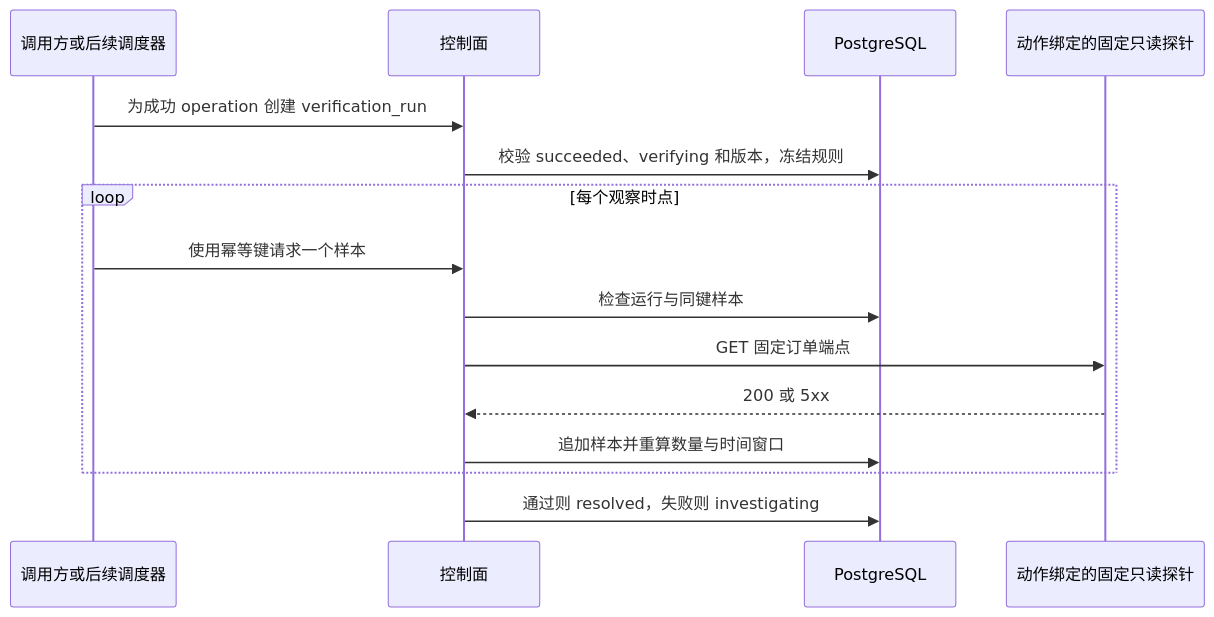
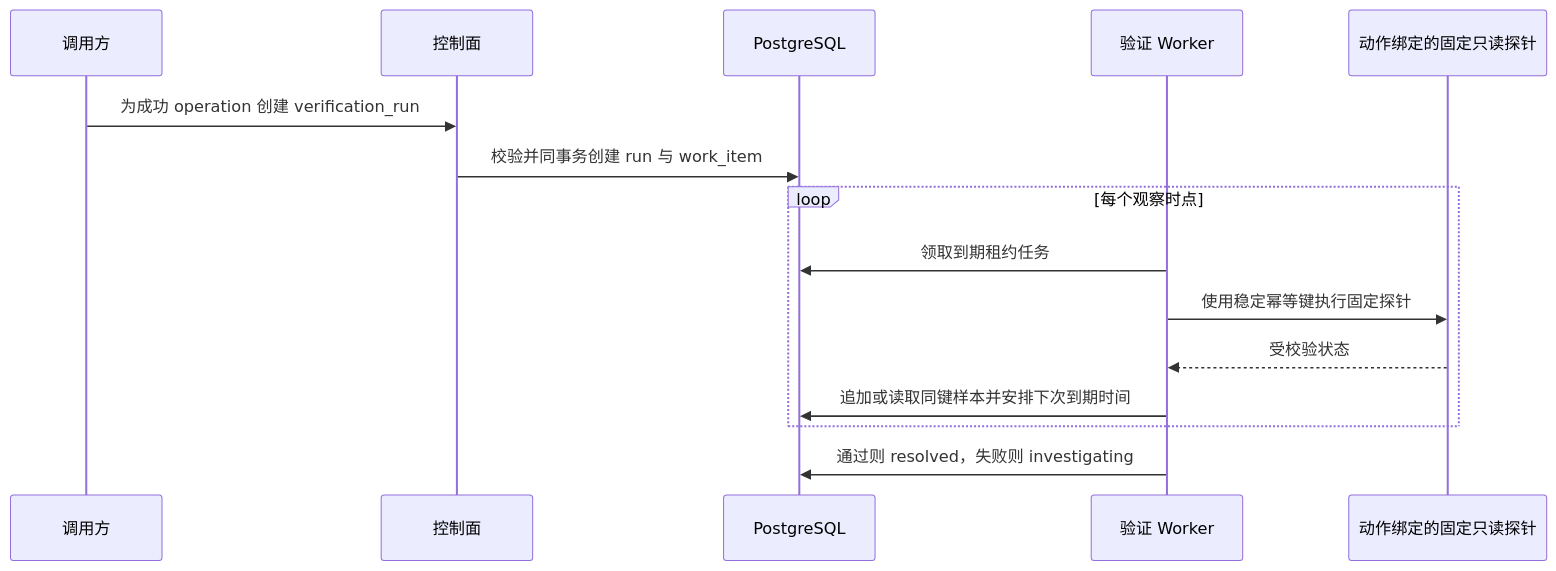
One commit to kill-t/ops-swarm changed the diagram in docs/architecture/17-persistent-recovery-verification.md. Above: the diagram before and after it, drawn with Mermaid. The commit also changed other lines of this file and 29 other files, not shown here.

````diff
--- a/docs/architecture/17-persistent-recovery-verification.md
+++ b/docs/architecture/17-persistent-recovery-verification.md
@@ -13,18 +13,18 @@
 ```mermaid
 sequenceDiagram
-    participant Caller as 调用方或后续调度器
+    participant Caller as 调用方
     participant API as 控制面
     participant DB as PostgreSQL
+    participant Worker as 验证 Worker
     participant Probe as 动作绑定的固定只读探针
 
     Caller->>API: 为成功 operation 创建 verification_run
-    API->>DB: 校验 succeeded、verifying 和版本，冻结规则
+    API->>DB: 校验并同事务创建 run 与 work_item
     loop 每个观察时点
-        Caller->>API: 使用幂等键请求一个样本
-        API->>DB: 检查运行与同键样本
-        API->>Probe: GET 固定订单端点
-        Probe-->>API: 200 或 5xx
-        API->>DB: 追加样本并重算数量与时间窗口
+        Worker->>DB: 领取到期租约任务
+        Worker->>Probe: 使用稳定幂等键执行固定探针
+        Probe-->>Worker: 受校验状态
+        Worker->>DB: 追加或读取同键样本并安排下次到期时间
     end
-    API->>DB: 通过则 resolved，失败则 investigating
+    Worker->>DB: 通过则 resolved，失败则 investigating
 ```
````
